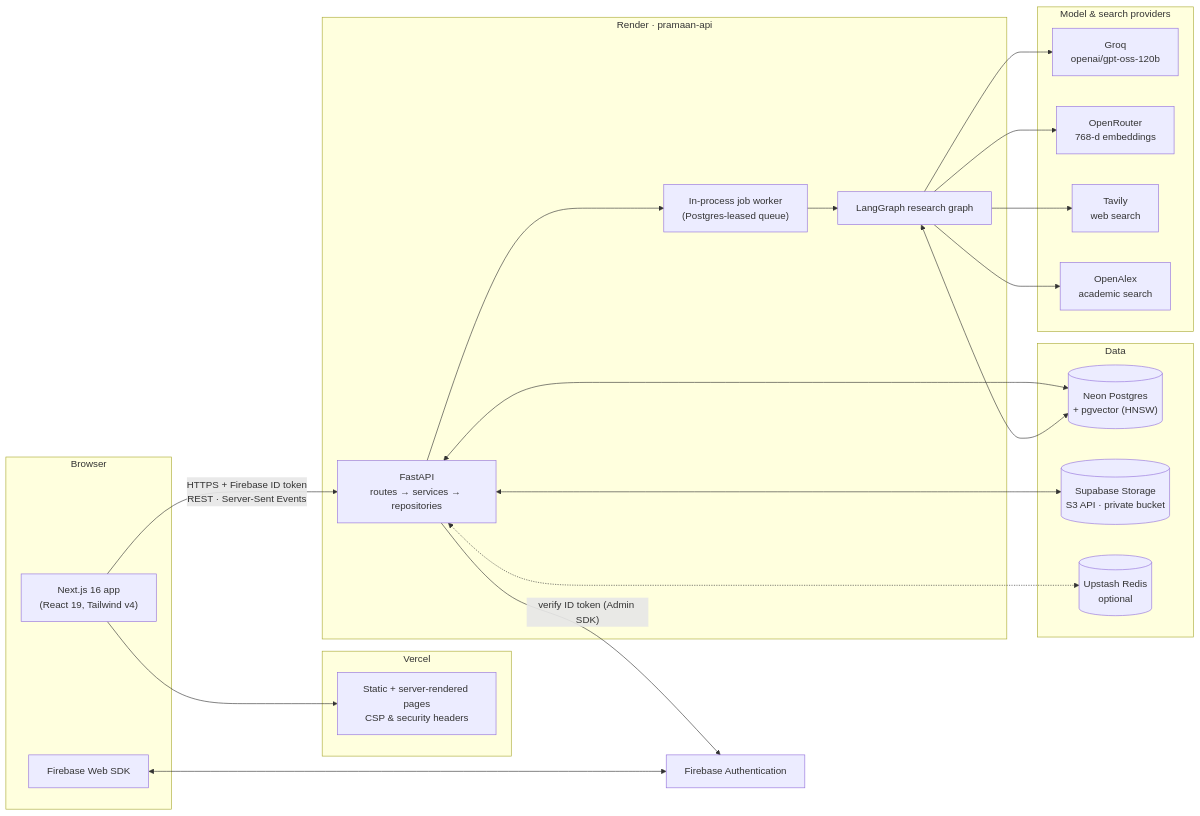
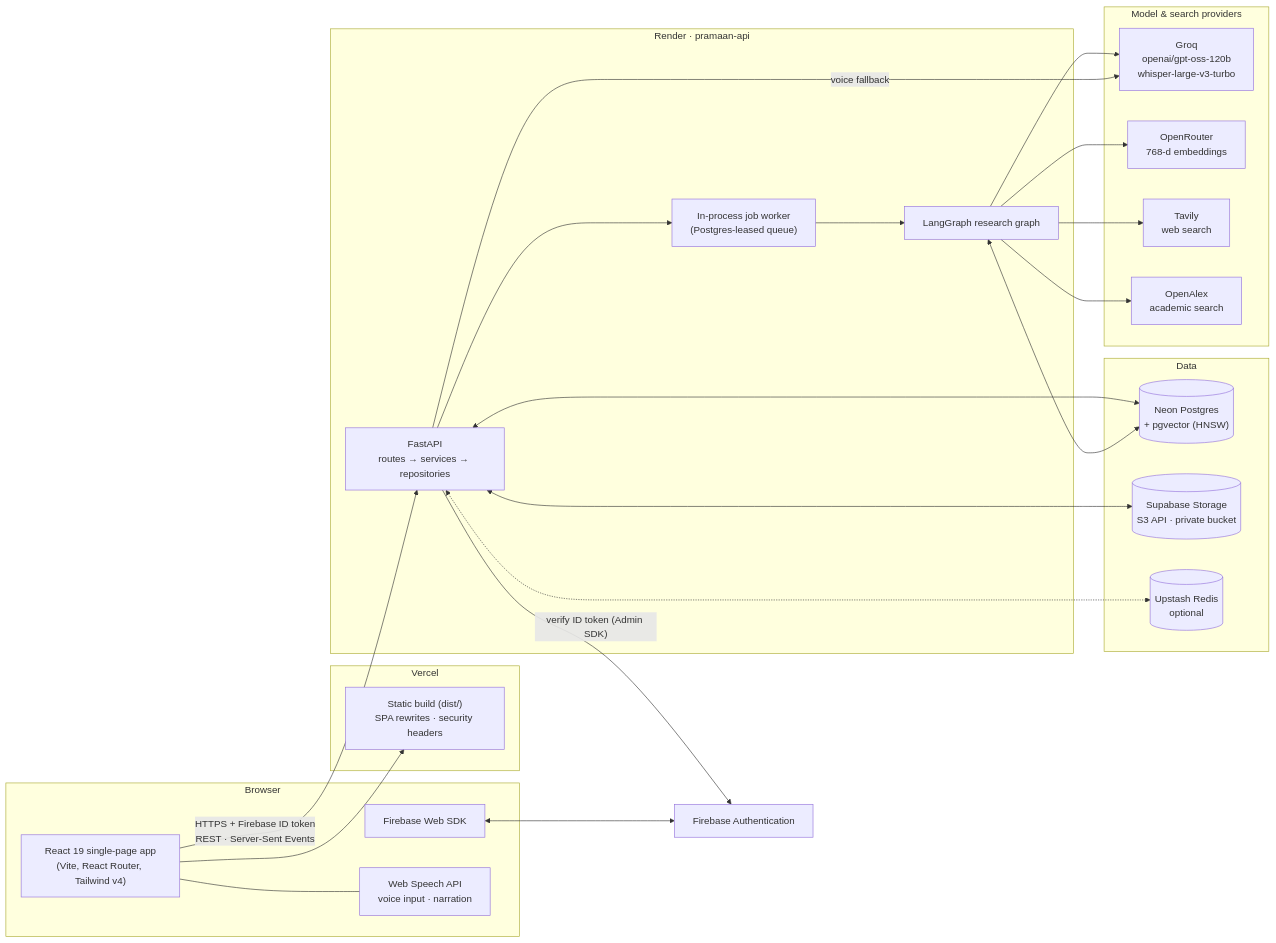
Before and after one commit to Nakshatra480/Pramaan-AI: the first of 10 diagrams in README.md, drawn with Mermaid. The commit also changed other lines of this file and 180 other files, not shown here.

Commit message:
feat: migrate frontend to Vite and React Router, add voice input and report narration

````diff
--- a/README.md
+++ b/README.md
@@ -35,46 +35,49 @@
 ```mermaid
 flowchart LR
     subgraph Client["Browser"]
-        UI["Next.js 16 app<br/>(React 19, Tailwind v4)"]
+        UI["React 19 single-page app<br/>(Vite, React Router, Tailwind v4)"]
         FBSDK["Firebase Web SDK"]
+        SPEECH["Web Speech API<br/>voice input · narration"]
     end
 
     subgraph Vercel["Vercel"]
-        NEXT["Static + server-rendered pages<br/>CSP & security headers"]
+        HOST["Static build (dist/)<br/>SPA rewrites · security headers"]
     end
 
     subgraph Render["Render · pramaan-api"]
         API["FastAPI<br/>routes → services → repositories"]
         WORKER["In-process job worker<br/>(Postgres-leased queue)"]
         GRAPH["LangGraph research graph"]
     end
 
     subgraph Data["Data"]
         NEON[("Neon Postgres<br/>+ pgvector (HNSW)")]
         SUPA[("Supabase Storage<br/>S3 API · private bucket")]
         REDIS[("Upstash Redis<br/>optional")]
     end
 
     subgraph Providers["Model & search providers"]
-        GROQ["Groq<br/>openai/gpt-oss-120b"]
+        GROQ["Groq<br/>openai/gpt-oss-120b<br/>whisper-large-v3-turbo"]
         OR["OpenRouter<br/>768-d embeddings"]
         TAV["Tavily<br/>web search"]
         OA["OpenAlex<br/>academic search"]
     end
 
     FIREBASE["Firebase Authentication"]
 
-    UI --> NEXT
+    UI --> HOST
+    UI --- SPEECH
     FBSDK <--> FIREBASE
     UI -- "HTTPS + Firebase ID token<br/>REST · Server-Sent Events" --> API
     API -- "verify ID token (Admin SDK)" --> FIREBASE
     API <--> NEON
     API <--> SUPA
     API <-.-> REDIS
     API --> WORKER --> GRAPH
     GRAPH --> GROQ
     GRAPH --> OR
     GRAPH --> TAV
     GRAPH --> OA
     GRAPH <--> NEON
+    API -- "voice fallback" --> GROQ
 ```
````
